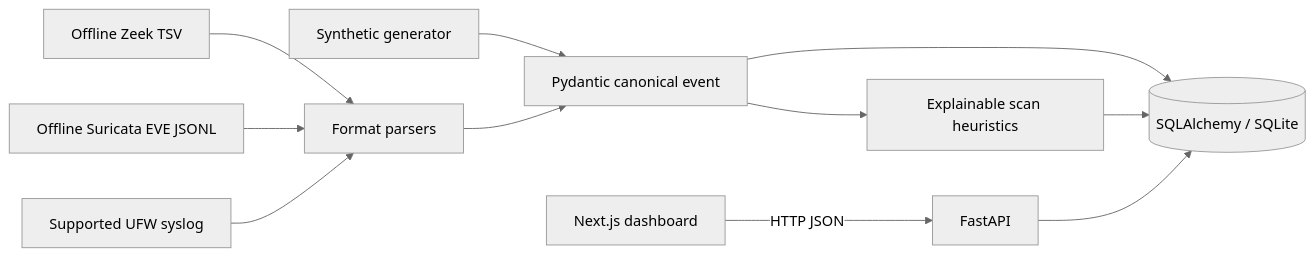
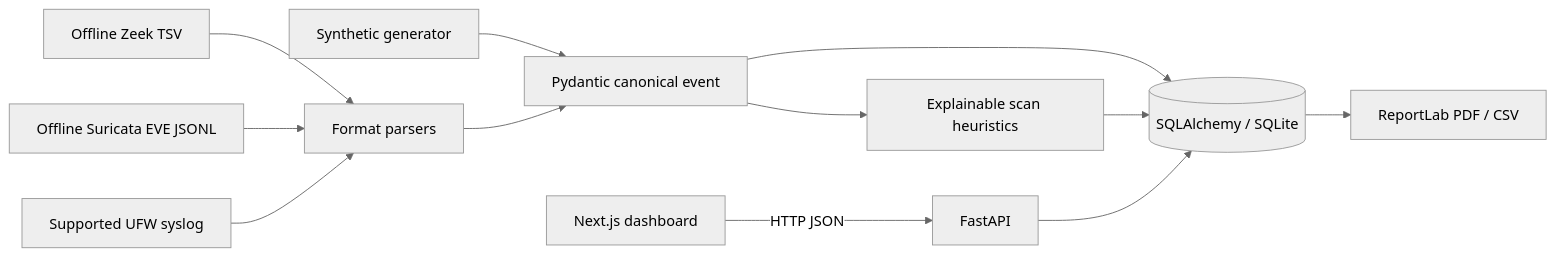
Before and after one commit to anurag-rvnkr1/Port-Scan-Detection-Engineering-Lab: the diagram in docs/ARCHITECTURE.md, drawn with Mermaid (neutral theme). The commit also changed other lines of this file and 35 other files, not shown here.

First line of the commit message:
feat: implement initial database schema and user authentication

````diff
--- a/docs/ARCHITECTURE.md
+++ b/docs/ARCHITECTURE.md
@@ -5,13 +5,14 @@
 ```mermaid
 flowchart LR
   Browser[Next.js dashboard] -->|HTTP JSON| API[FastAPI]
   Synthetic[Synthetic generator] --> Schema[Pydantic canonical event]
   Zeek[Offline Zeek TSV] --> Parser[Format parsers]
   Suricata[Offline Suricata EVE JSONL] --> Parser
   Firewall[Supported UFW syslog] --> Parser
   Parser --> Schema
   Schema --> Detection[Explainable scan heuristics]
   Schema --> Persistence[(SQLAlchemy / SQLite)]
   Detection --> Persistence
   API --> Persistence
+  Persistence --> Reports[ReportLab PDF / CSV]
 ```
````
